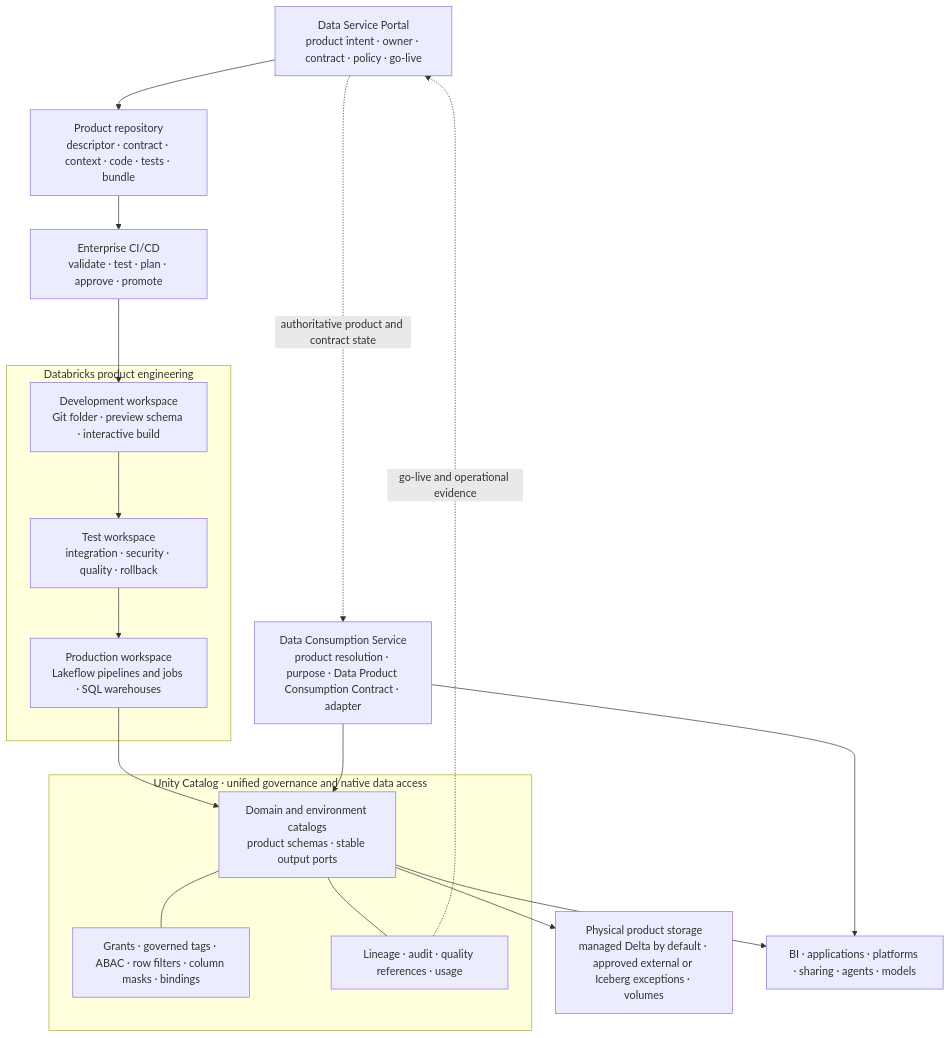
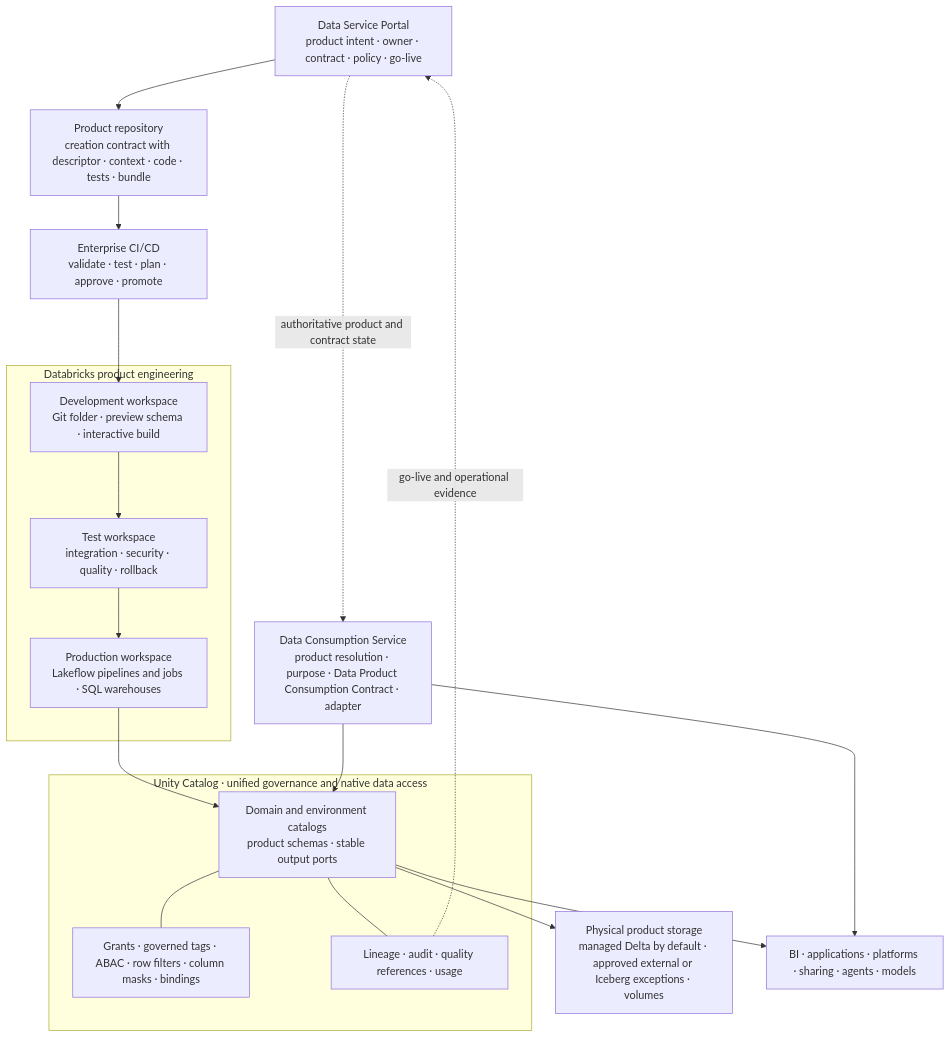
The first of 4 diagrams in docs/architecture/data-product-creation-design.md (cong78/data-foundation-architecture), drawn with Mermaid before and after one commit. The commit also changed other lines of this file and 37 other files, not shown here.

````diff
--- a/docs/architecture/data-product-creation-design.md
+++ b/docs/architecture/data-product-creation-design.md
@@ -23,34 +23,34 @@
 ```mermaid
 flowchart TB
     INTENT["Data Service Portal<br/>product intent · owner · contract · policy · go-live"]
-    REPO["Product repository<br/>descriptor · contract · context · code · tests · bundle"]
+    REPO["Product repository<br/>creation contract with descriptor · context · code · tests · bundle"]
     CICD["Enterprise CI/CD<br/>validate · test · plan · approve · promote"]
 
     subgraph WORKSPACES["Databricks product engineering"]
         DEV["Development workspace<br/>Git folder · preview schema · interactive build"]
         TEST["Test workspace<br/>integration · security · quality · rollback"]
         PROD["Production workspace<br/>Lakeflow pipelines and jobs · SQL warehouses"]
     end
 
     subgraph UC["Unity Catalog · unified governance and native data access"]
         CATALOG["Domain and environment catalogs<br/>product schemas · stable output ports"]
         CONTROL["Grants · governed tags · ABAC · row filters · column masks · bindings"]
         EVIDENCE["Lineage · audit · quality references · usage"]
     end
 
     STORAGE["Physical product storage<br/>managed Delta by default · approved external or Iceberg exceptions · volumes"]
     ACCESS["Data Consumption Service<br/>product resolution · purpose · Data Product Consumption Contract · adapter"]
     CONSUMERS["BI · applications · platforms · sharing · agents · models"]
 
     INTENT --> REPO --> CICD
     CICD --> DEV --> TEST --> PROD
     PROD --> CATALOG
     CATALOG --- CONTROL
     CATALOG --- EVIDENCE
     CATALOG --> STORAGE
     ACCESS --> CATALOG
     ACCESS --> CONSUMERS
     CATALOG --> CONSUMERS
     INTENT -. "authoritative product and contract state" .-> ACCESS
     EVIDENCE -. "go-live and operational evidence" .-> INTENT
 ```
````
